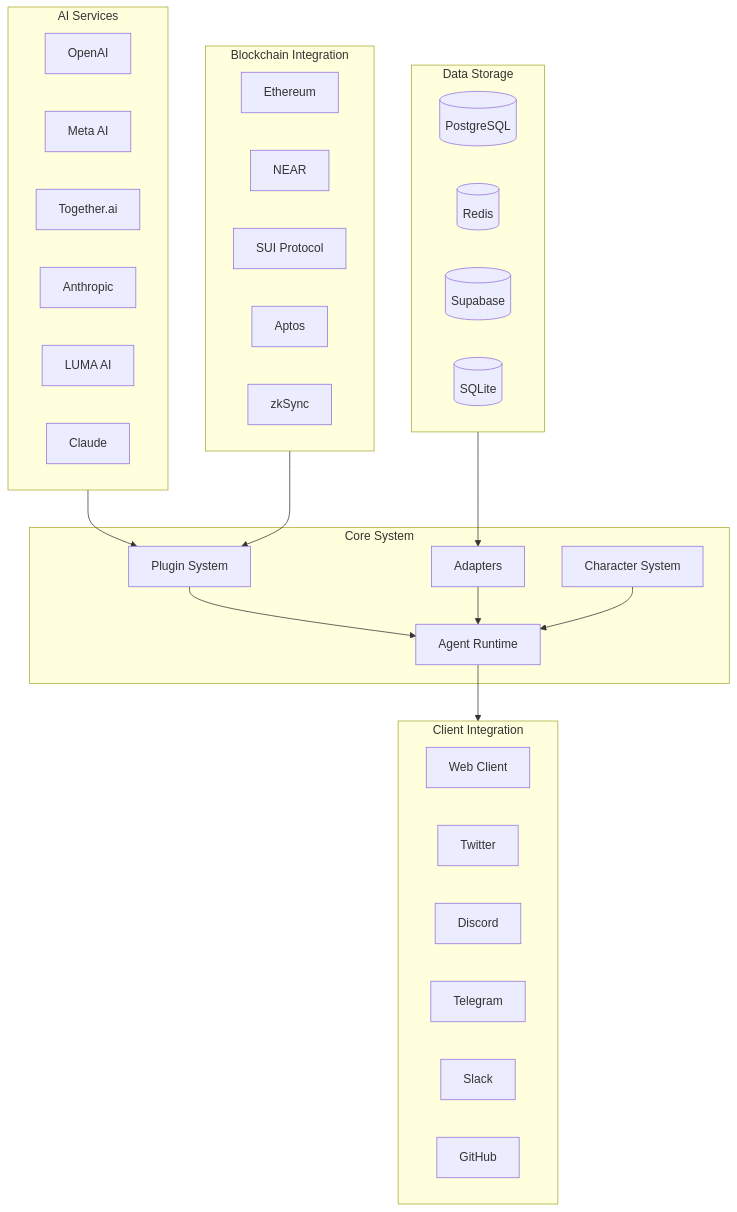
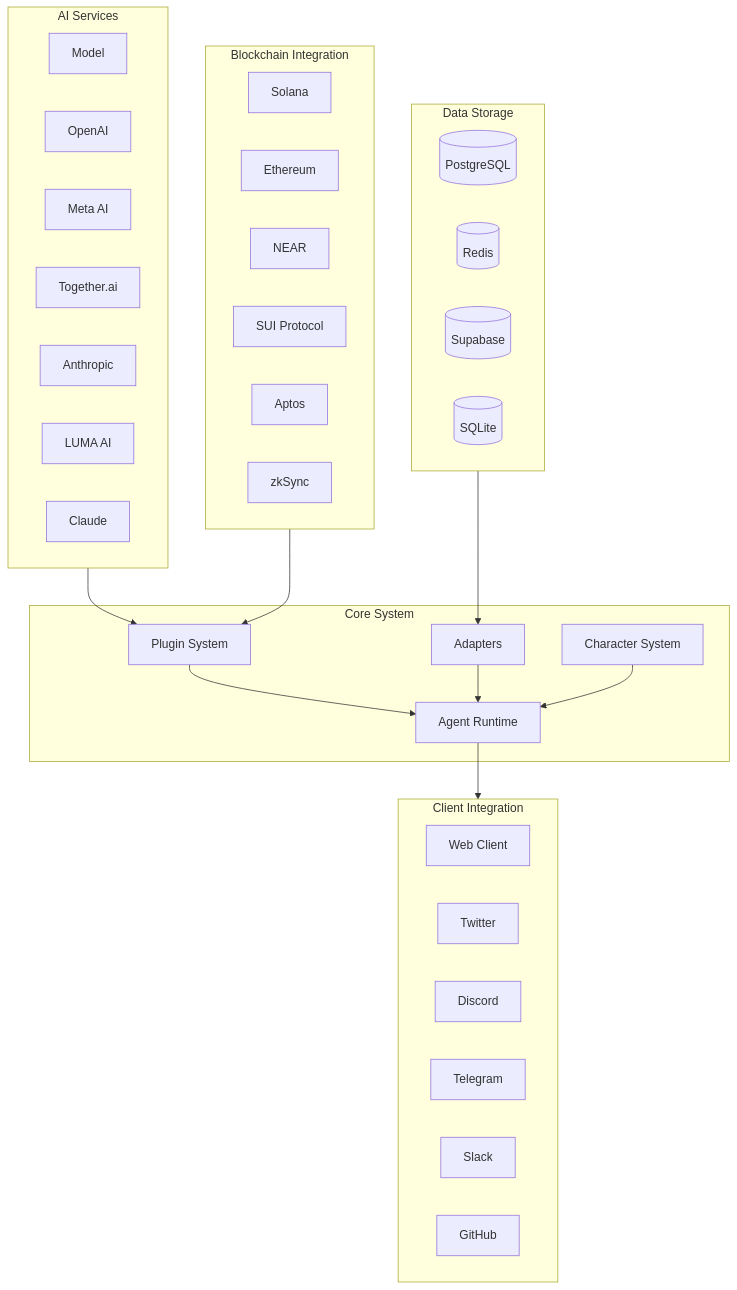
The diagram in README.md (hornygirls-dev/ai-framework), drawn with Mermaid before and after one commit.

````diff
--- a/README.md
+++ b/README.md
@@ -35,51 +35,53 @@
 ```mermaid
 graph TD
     subgraph AI_Layer[AI Services]
+        HGLS[Model]
         OpenAI[OpenAI]
         Meta[Meta AI]
         Together[Together.ai]
         Anthropic[Anthropic]
         LUMA[LUMA AI]
         Claude[Claude]
     end
 
     subgraph Blockchain_Layer[Blockchain Integration]
+        SOL[Solana]
         ETH[Ethereum]
         NEAR[NEAR]
         SUI[SUI Protocol]
         APT[Aptos]
         ZKS[zkSync]
     end
 
     subgraph Storage_Layer[Data Storage]
         PG[(PostgreSQL)]
         Redis[(Redis)]
         Supabase[(Supabase)]
         SQLite[(SQLite)]
     end
 
     subgraph Core[Core System]
         Runtime[Agent Runtime]
         Plugin[Plugin System]
         Adapter[Adapters]
         Character[Character System]
     end
 
     subgraph Clients[Client Integration]
         Web[Web Client]
         Twitter[Twitter]
         Discord[Discord]
         Telegram[Telegram]
         Slack[Slack]
         GitHub[GitHub]
     end
 
     AI_Layer --> Plugin
     Blockchain_Layer --> Plugin
     Plugin --> Runtime
     Storage_Layer --> Adapter
     Adapter --> Runtime
     Character --> Runtime
     Runtime --> Clients
 
 ```
````
